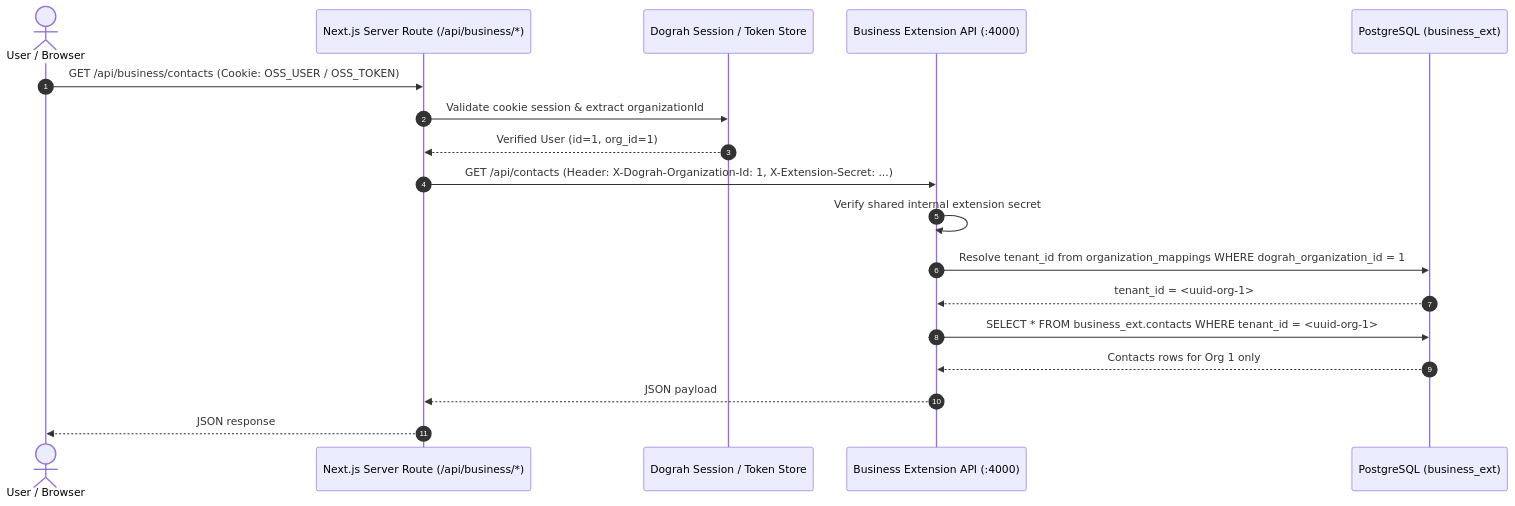
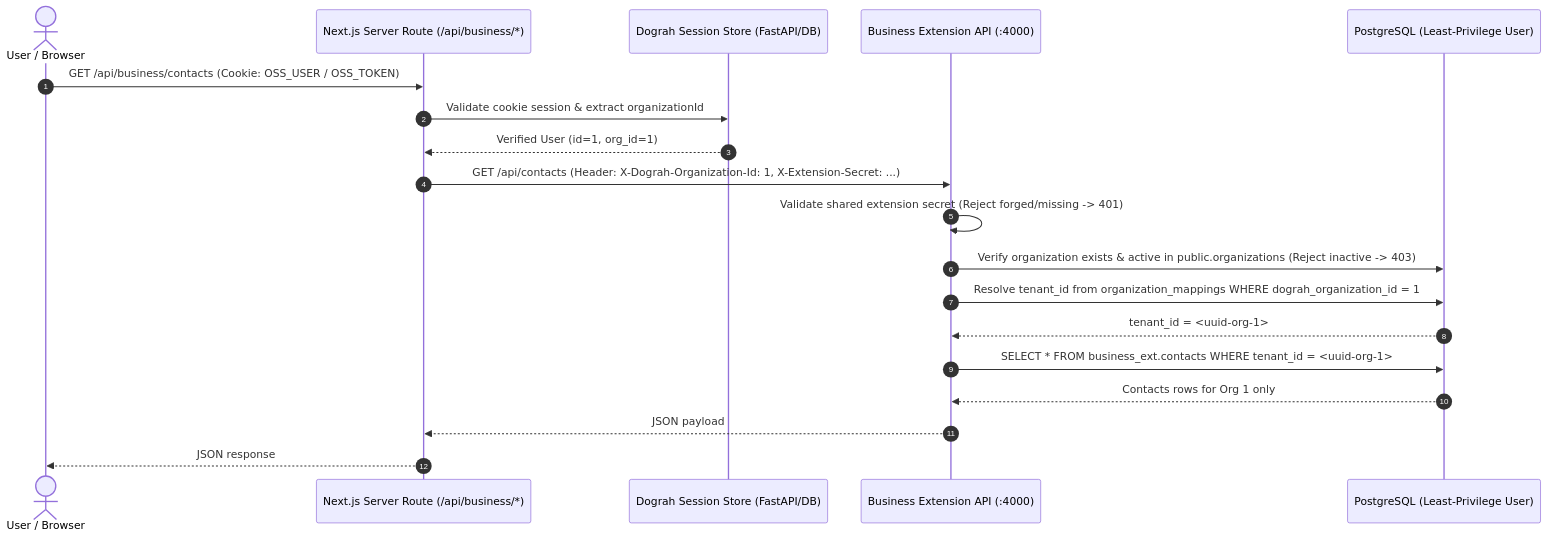
Before and after one commit to tejinder-gh/dograh: the diagram in docs/business-extension/ARCHITECTURE.md, drawn with Mermaid. The commit also changed other lines of this file and 2 other files, not shown here.

Commit message:
docs: Document Stage 1 corrections, least-privilege DB role, and live HTTP verification outcomes

````diff
--- a/docs/business-extension/ARCHITECTURE.md
+++ b/docs/business-extension/ARCHITECTURE.md
@@ -102,21 +102,22 @@
 ```mermaid
 sequenceDiagram
     autonumber
     actor User as User / Browser
     participant NextUI as Next.js Server Route (/api/business/*)
-    participant DograhAuth as Dograh Session / Token Store
+    participant DograhAuth as Dograh Session Store (FastAPI/DB)
     participant BizAPI as Business Extension API (:4000)
-    participant DB as PostgreSQL (business_ext)
+    participant DB as PostgreSQL (Least-Privilege User)
 
     User->>NextUI: GET /api/business/contacts (Cookie: OSS_USER / OSS_TOKEN)
     NextUI->>DograhAuth: Validate cookie session & extract organizationId
     DograhAuth-->>NextUI: Verified User (id=1, org_id=1)
     NextUI->>BizAPI: GET /api/contacts (Header: X-Dograh-Organization-Id: 1, X-Extension-Secret: ...)
-    BizAPI->>BizAPI: Verify shared internal extension secret
+    BizAPI->>BizAPI: Validate shared extension secret (Reject forged/missing -> 401)
+    BizAPI->>DB: Verify organization exists & active in public.organizations (Reject inactive -> 403)
     BizAPI->>DB: Resolve tenant_id from organization_mappings WHERE dograh_organization_id = 1
     DB-->>BizAPI: tenant_id = <uuid-org-1>
     BizAPI->>DB: SELECT * FROM business_ext.contacts WHERE tenant_id = <uuid-org-1>
     DB-->>BizAPI: Contacts rows for Org 1 only
     BizAPI-->>NextUI: JSON payload
     NextUI-->>User: JSON response
 ```
````
